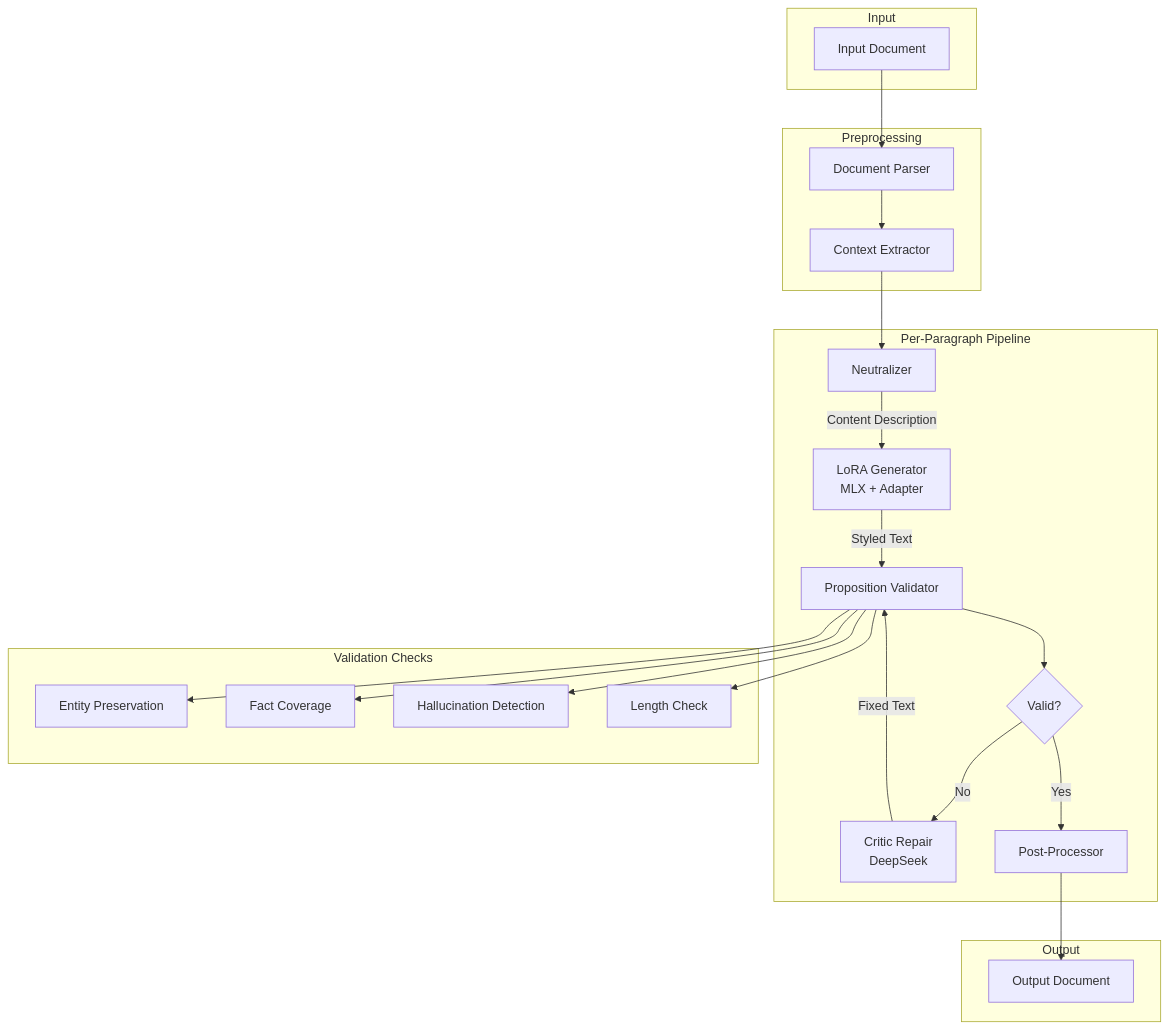
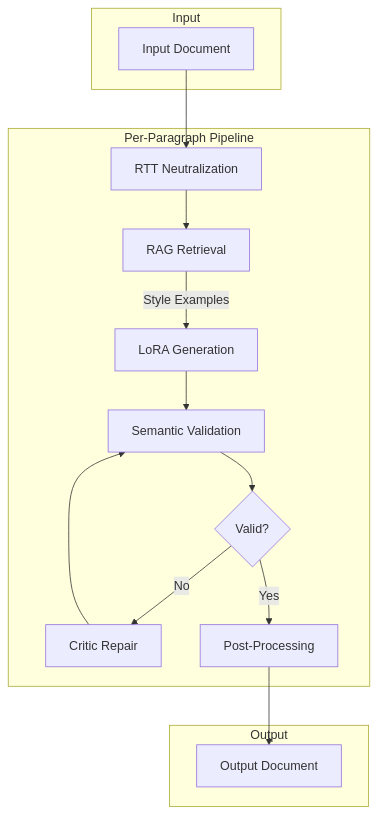
Before and after one commit to yogthos/revenant: the third of 6 diagrams in README.md, drawn with Mermaid. The commit also changed other lines of this file and 5 other files, not shown here.

````diff
--- a/README.md
+++ b/README.md
@@ -378,47 +291,30 @@
 ```mermaid
 flowchart TD
     subgraph Input
         A[Input Document]
     end
 
-    subgraph Preprocessing
-        B[Document Parser]
-        C[Context Extractor]
-    end
-
     subgraph "Per-Paragraph Pipeline"
-        D[Neutralizer]
-        E[LoRA Generator<br/>MLX + Adapter]
-        F[Proposition Validator]
-        G{Valid?}
-        H[Critic Repair<br/>DeepSeek]
-        I[Post-Processor]
+        B[RTT Neutralization]
+        C[RAG Retrieval]
+        D[LoRA Generation]
+        E[Semantic Validation]
+        F{Valid?}
+        G[Critic Repair]
+        H[Post-Processing]
     end
 
     subgraph Output
-        J[Output Document]
+        I[Output Document]
     end
 
     A --> B
     B --> C
-    C --> D
-    D -->|Content Description| E
-    E -->|Styled Text| F
-    F --> G
-    G -->|No| H
-    H -->|Fixed Text| F
-    G -->|Yes| I
-    I --> J
-
-    subgraph "Validation Checks"
-        F1[Entity Preservation]
-        F2[Fact Coverage]
-        F3[Hallucination Detection]
-        F4[Length Check]
-    end
-
-    F --> F1
-    F --> F2
-    F --> F3
-    F --> F4
+    C -->|Style Examples| D
+    D --> E
+    E --> F
+    F -->|No| G
+    G --> E
+    F -->|Yes| H
+    H --> I
 ```
````
